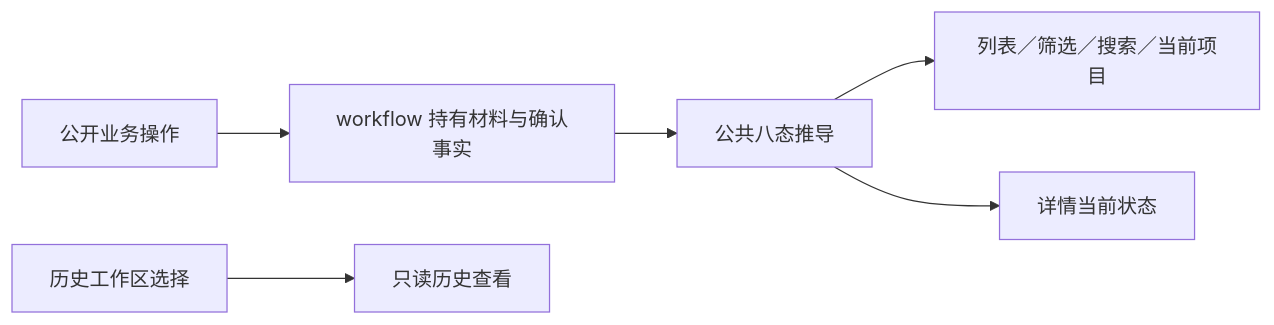
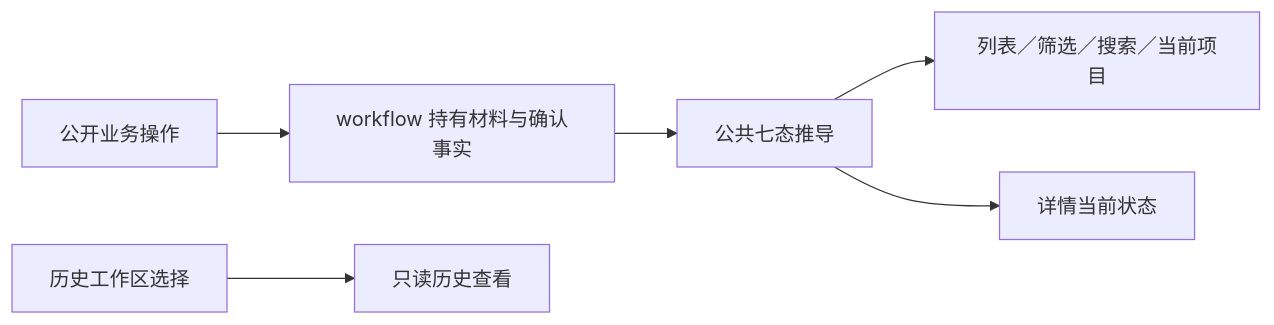
One commit to jchanghong023/ZCode changed the first of 6 diagrams in docs/specs/aireq/proposals.md. Above: the diagram before and after it, drawn with Mermaid. The commit also changed other lines of this file and 74 other files, not shown here.

````diff
--- a/docs/specs/aireq/proposals.md
+++ b/docs/specs/aireq/proposals.md
@@ -45,8 +44,8 @@
 ```mermaid
 flowchart LR
-  O[workflow 持有材料与确认事实] --> D[公共八态推导]
+  O[workflow 持有材料与确认事实] --> D[公共七态推导]
   D --> L[列表／筛选／搜索／当前项目]
   D --> W[详情当前状态]
   C[公开业务操作] --> O
   H[历史工作区选择] --> R[只读历史查看]
 ```
````
